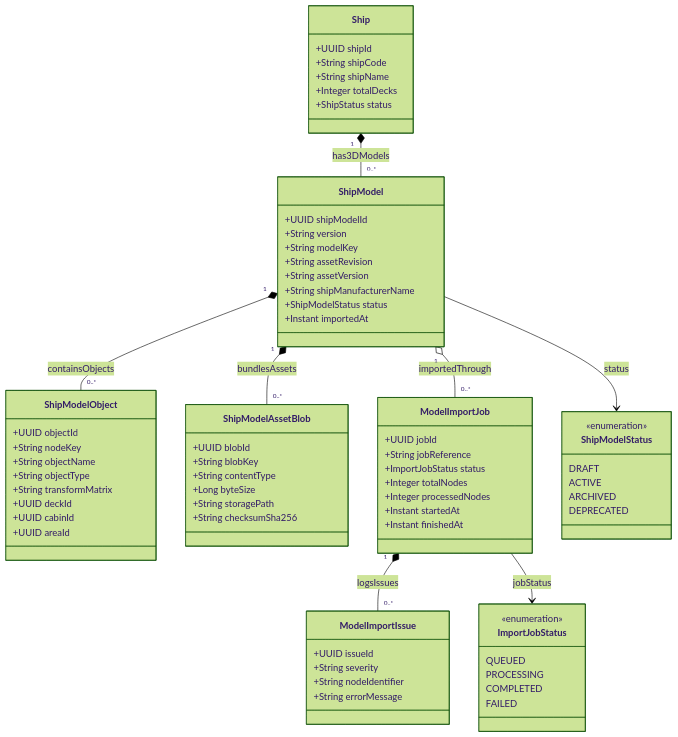
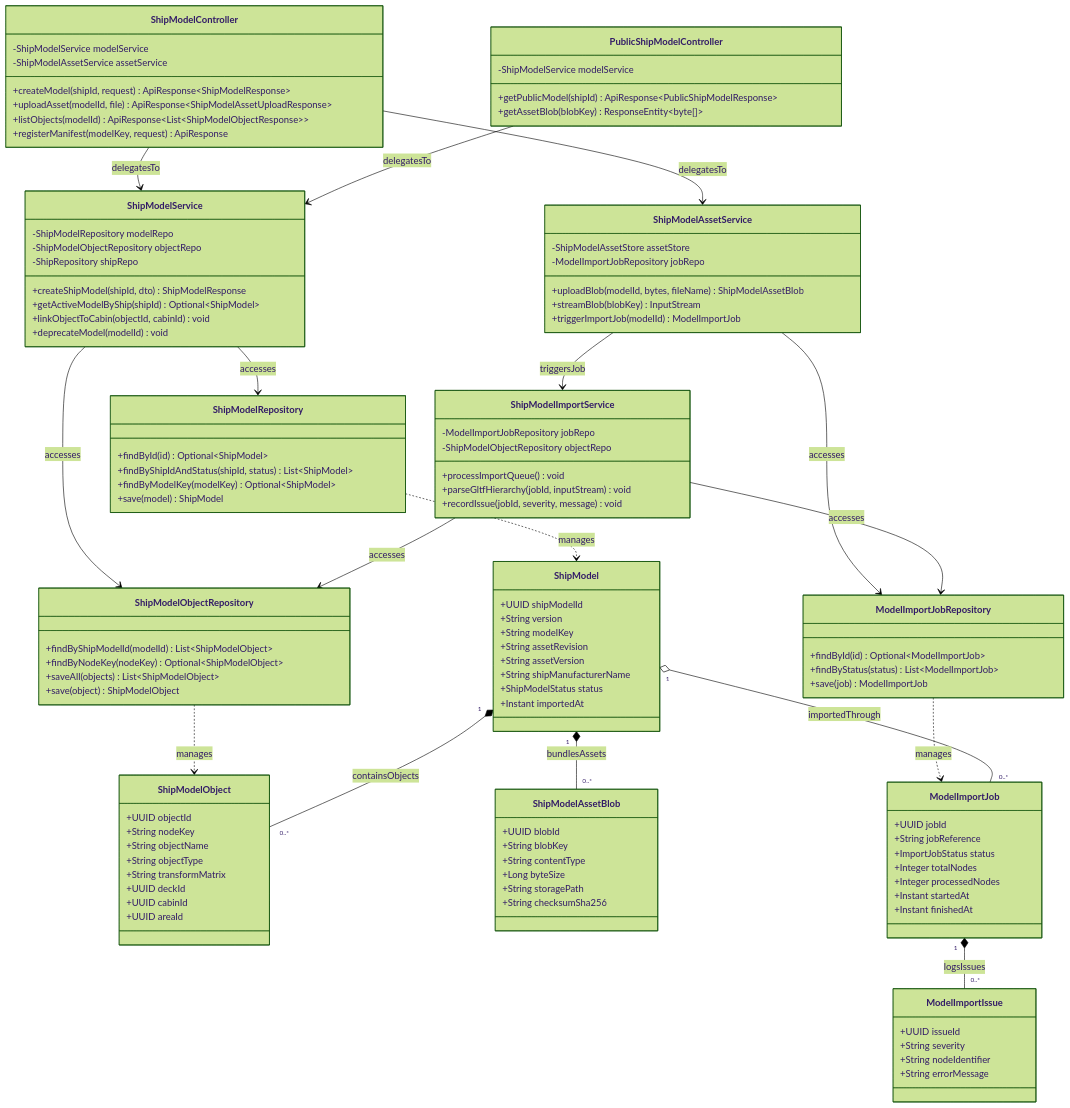
One commit to ShiroSs00/CASMS_Backend changed the diagram in docs/class-diagrams/10-ship-3d-digital-twin.md. Above: the diagram before and after it, drawn with Mermaid (forest theme). The commit also changed other lines of this file and 4 other files, not shown here.

Commit message:
docs: enrich class diagrams 10 to 14 with full 4-tier design (Controller, Service, Repository, Entity)

````diff
--- a/docs/class-diagrams/10-ship-3d-digital-twin.md
+++ b/docs/class-diagrams/10-ship-3d-digital-twin.md
@@ -8,14 +8,71 @@
 classDiagram
     direction TB
 
-    class Ship {
-        +UUID shipId
-        +String shipCode
-        +String shipName
-        +Integer totalDecks
-        +ShipStatus status
+    %% 1. Controller Layer
+    class ShipModelController {
+        -ShipModelService modelService
+        -ShipModelAssetService assetService
+        +createModel(shipId, request) ApiResponse~ShipModelResponse~
+        +uploadAsset(modelId, file) ApiResponse~ShipModelAssetUploadResponse~
+        +listObjects(modelId) ApiResponse~List~ShipModelObjectResponse~~
+        +registerManifest(modelKey, request) ApiResponse
     }
 
+    class PublicShipModelController {
+        -ShipModelService modelService
+        +getPublicModel(shipId) ApiResponse~PublicShipModelResponse~
+        +getAssetBlob(blobKey) ResponseEntity~byte[]~
+    }
+
+    %% 2. Service Layer
+    class ShipModelService {
+        -ShipModelRepository modelRepo
+        -ShipModelObjectRepository objectRepo
+        -ShipRepository shipRepo
+        +createShipModel(shipId, dto) ShipModelResponse
+        +getActiveModelByShip(shipId) Optional~ShipModel~
+        +linkObjectToCabin(objectId, cabinId) void
+        +deprecateModel(modelId) void
+    }
+
+    class ShipModelAssetService {
+        -ShipModelAssetStore assetStore
+        -ModelImportJobRepository jobRepo
+        +uploadBlob(modelId, bytes, fileName) ShipModelAssetBlob
+        +streamBlob(blobKey) InputStream
+        +triggerImportJob(modelId) ModelImportJob
+    }
+
+    class ShipModelImportService {
+        -ModelImportJobRepository jobRepo
+        -ShipModelObjectRepository objectRepo
+        +processImportQueue() void
+        +parseGltfHierarchy(jobId, inputStream) void
+        +recordIssue(jobId, severity, message) void
+    }
+
+    %% 3. Repository Layer
+    class ShipModelRepository {
+        +findById(id) Optional~ShipModel~
+        +findByShipIdAndStatus(shipId, status) List~ShipModel~
+        +findByModelKey(modelKey) Optional~ShipModel~
+        +save(model) ShipModel
+    }
+
+    class ShipModelObjectRepository {
+        +findByShipModelId(modelId) List~ShipModelObject~
+        +findByNodeKey(nodeKey) Optional~ShipModelObject~
+        +saveAll(objects) List~ShipModelObject~
+        +save(object) ShipModelObject
+    }
+
+    class ModelImportJobRepository {
+        +findById(id) Optional~ModelImportJob~
+        +findByStatus(status) List~ModelImportJob~
+        +save(job) ModelImportJob
+    }
+
+    %% 4. Entity Layer
     class ShipModel {
         +UUID shipModelId
         +String version
@@ -64,28 +121,24 @@
         +String errorMessage
     }
 
-    class ShipModelStatus {
-        <<enumeration>>
-        DRAFT
-        ACTIVE
-        ARCHIVED
-        DEPRECATED
-    }
+    %% Inter-Layer and Domain Relationships
+    ShipModelController --> ShipModelService : delegatesTo
+    ShipModelController --> ShipModelAssetService : delegatesTo
+    PublicShipModelController --> ShipModelService : delegatesTo
+    ShipModelAssetService --> ShipModelImportService : triggersJob
 
-    class ImportJobStatus {
-        <<enumeration>>
-        QUEUED
-        PROCESSING
-        COMPLETED
-        FAILED
-    }
+    ShipModelService --> ShipModelRepository : accesses
+    ShipModelService --> ShipModelObjectRepository : accesses
+    ShipModelAssetService --> ModelImportJobRepository : accesses
+    ShipModelImportService --> ModelImportJobRepository : accesses
+    ShipModelImportService --> ShipModelObjectRepository : accesses
 
-    %% Relationships
-    Ship "1" *-- "0..*" ShipModel : has3DModels
+    ShipModelRepository ..> ShipModel : manages
+    ShipModelObjectRepository ..> ShipModelObject : manages
+    ModelImportJobRepository ..> ModelImportJob : manages
+
     ShipModel "1" *-- "0..*" ShipModelObject : containsObjects
     ShipModel "1" *-- "0..*" ShipModelAssetBlob : bundlesAssets
     ShipModel "1" o-- "0..*" ModelImportJob : importedThrough
     ModelImportJob "1" *-- "0..*" ModelImportIssue : logsIssues
-    ShipModel --> ShipModelStatus : status
-    ModelImportJob --> ImportJobStatus : jobStatus
 ```
````
